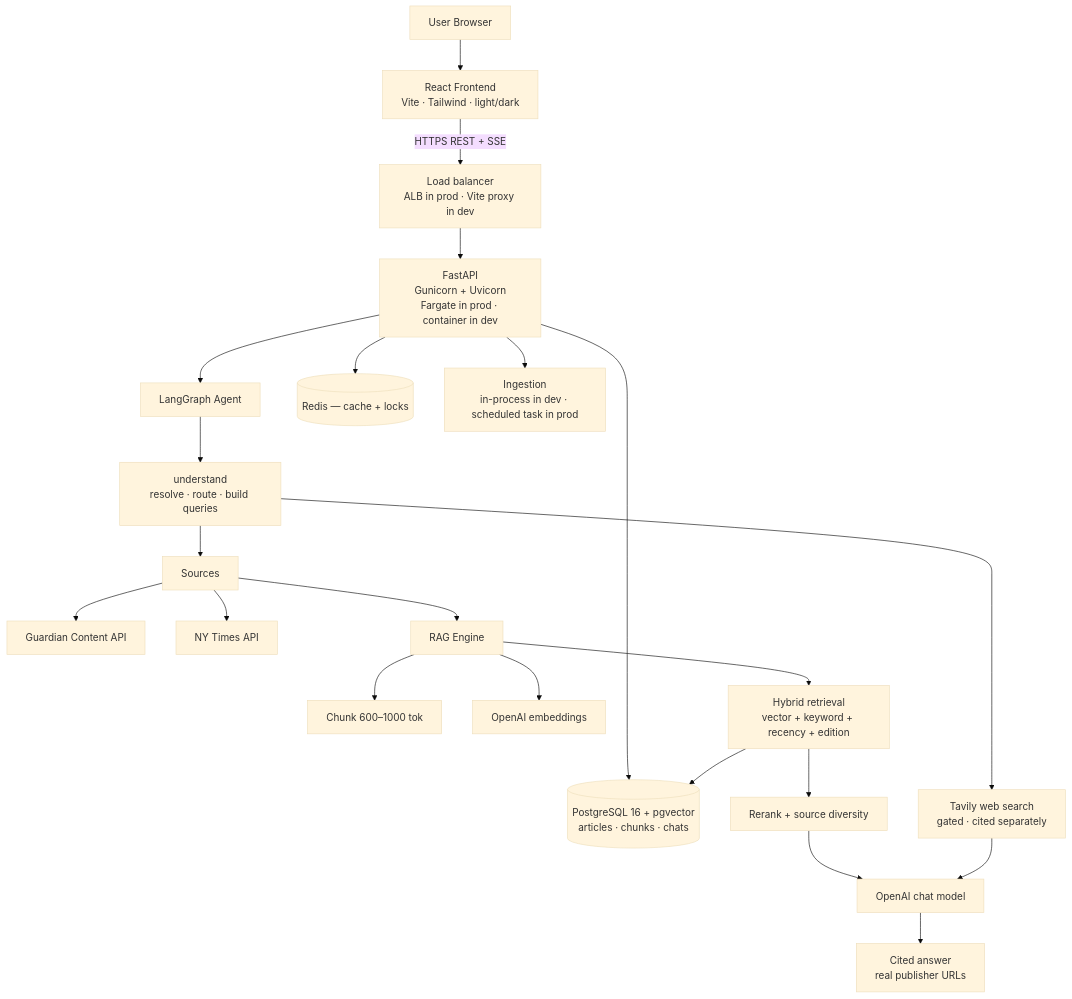
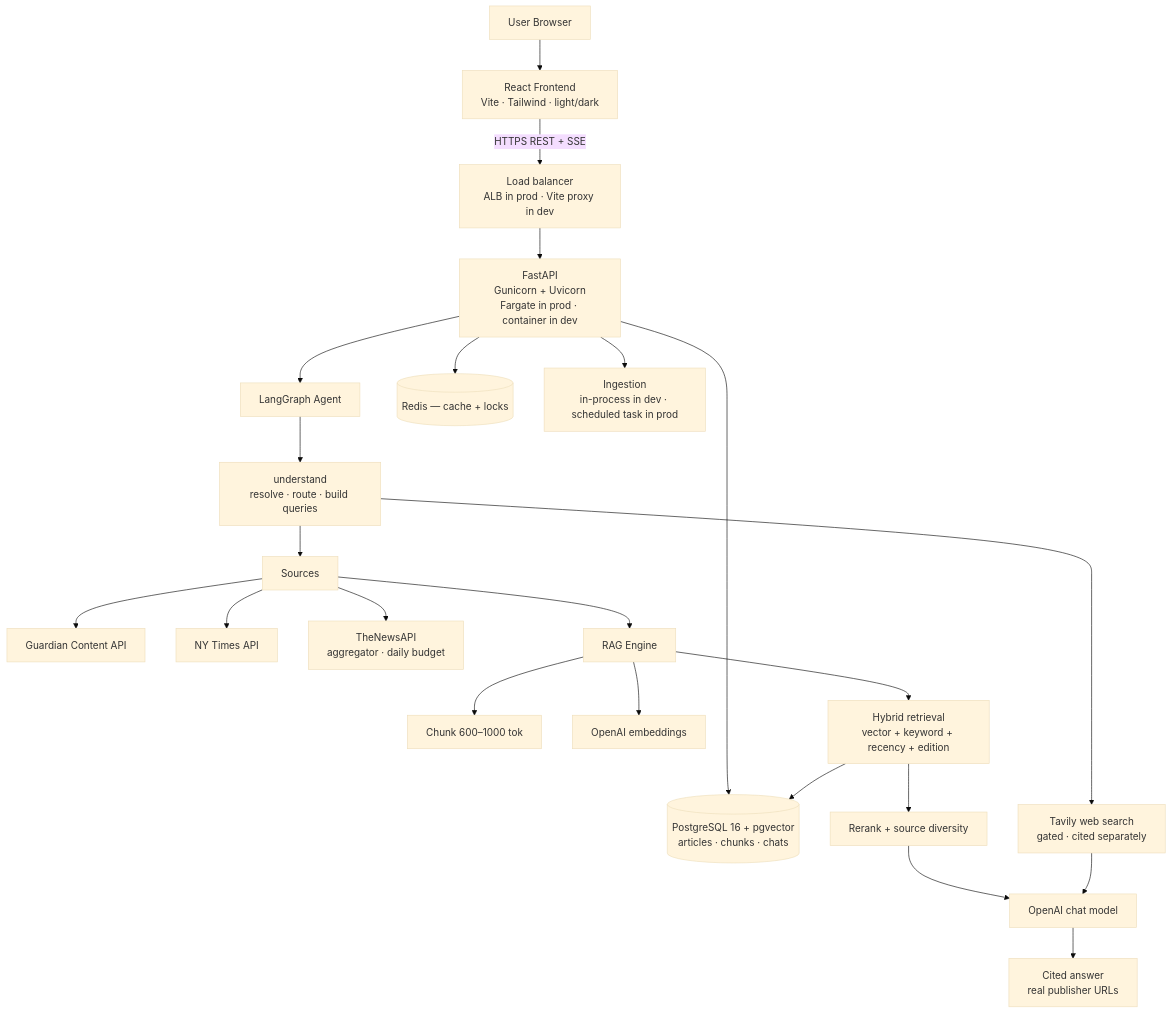
The diagram in README.md (AJKumarReddy/Agentic-News-app), drawn with Mermaid (base theme) before and after one commit. The commit also changed other lines of this file and 23 other files, not shown here.

````diff
--- a/README.md
+++ b/README.md
@@ -27,27 +27,28 @@
 ```mermaid
 flowchart TB
     U[User Browser] --> F[React Frontend<br/>Vite · Tailwind · light/dark]
     F -- HTTPS REST + SSE --> N[Load balancer<br/>ALB in prod · Vite proxy in dev]
     N --> B[FastAPI<br/>Gunicorn + Uvicorn<br/>Fargate in prod · container in dev]
 
     B --> AG[LangGraph Agent]
     B --> PG[(PostgreSQL 16 + pgvector<br/>articles · chunks · chats)]
     B --> R[(Redis — cache + locks)]
     B --> SCH[Ingestion<br/>in-process in dev · scheduled task in prod]
 
     AG --> UN[understand<br/>resolve · route · build queries]
     UN --> SRC[Sources]
     SRC --> G[Guardian Content API]
     SRC --> NY[NY Times API]
+    SRC --> TNA[TheNewsAPI<br/>aggregator · daily budget]
     UN --> WEB[Tavily web search<br/>gated · cited separately]
 
     SRC --> RAG[RAG Engine]
     RAG --> CH[Chunk 600–1000 tok]
     RAG --> EM[OpenAI embeddings]
     RAG --> HY[Hybrid retrieval<br/>vector + keyword + recency + edition]
     HY --> PG
     HY --> RR[Rerank + source diversity]
     RR --> LLM[OpenAI chat model]
     WEB --> LLM
     LLM --> C[Cited answer<br/>real publisher URLs]
 ```
````
